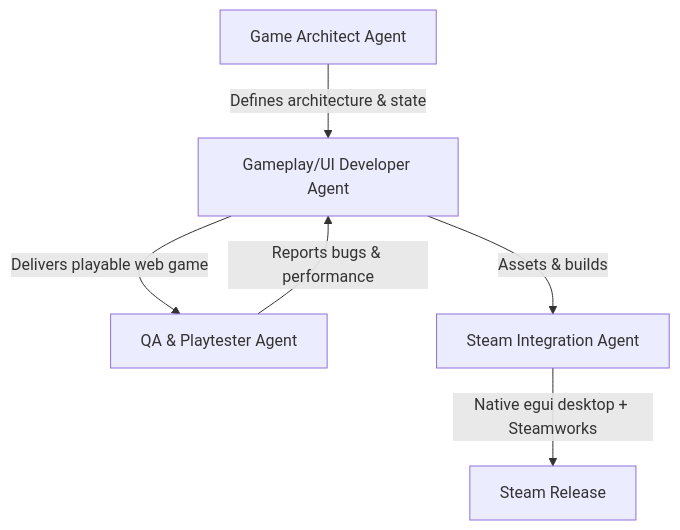
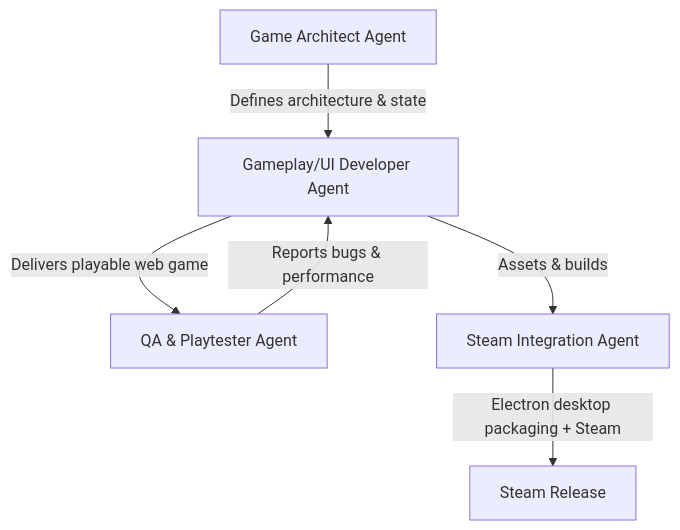
The diagram in agents.md (Kolajy/cooking_alchemist), drawn with Mermaid before and after one commit. The commit also changed other lines of this file and 74 other files, not shown here.

````diff
--- a/agents.md
+++ b/agents.md
@@ -9,8 +9,8 @@
 ```mermaid
 graph TD
     GA[Game Architect Agent] -->|Defines architecture & state| GD[Gameplay/UI Developer Agent]
     GD -->|Delivers playable web game| QA[QA & Playtester Agent]
     QA -->|Reports bugs & performance| GD
     GD -->|Assets & builds| SI[Steam Integration Agent]
-    SI -->|Native egui desktop + Steamworks| Steam[Steam Release]
+    SI -->|Electron desktop packaging + Steam| Steam[Steam Release]
 ```
````
